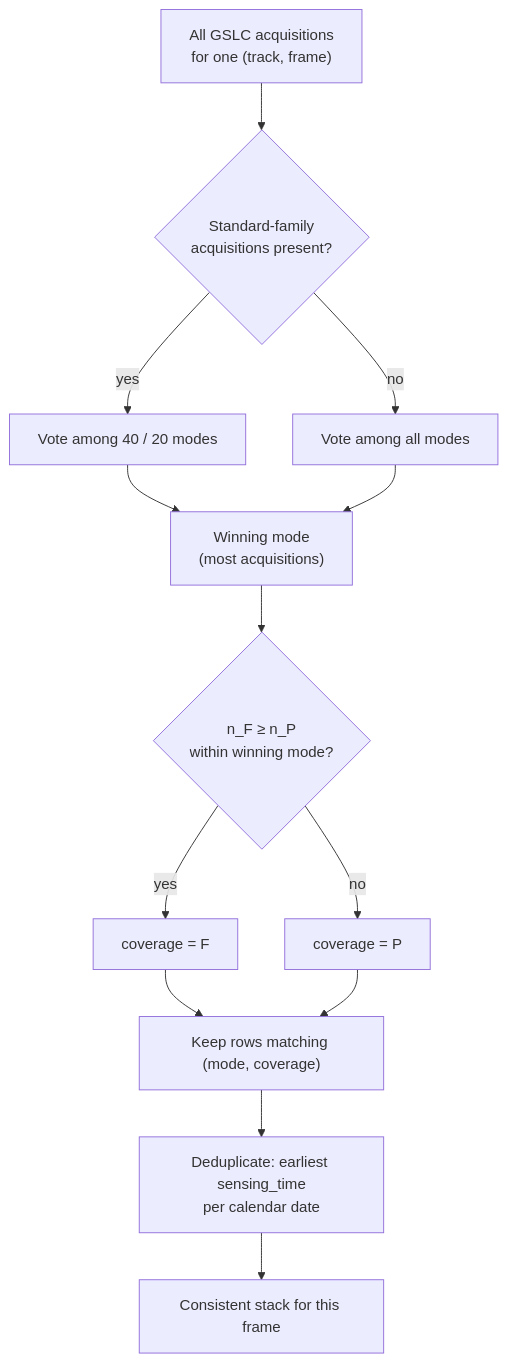
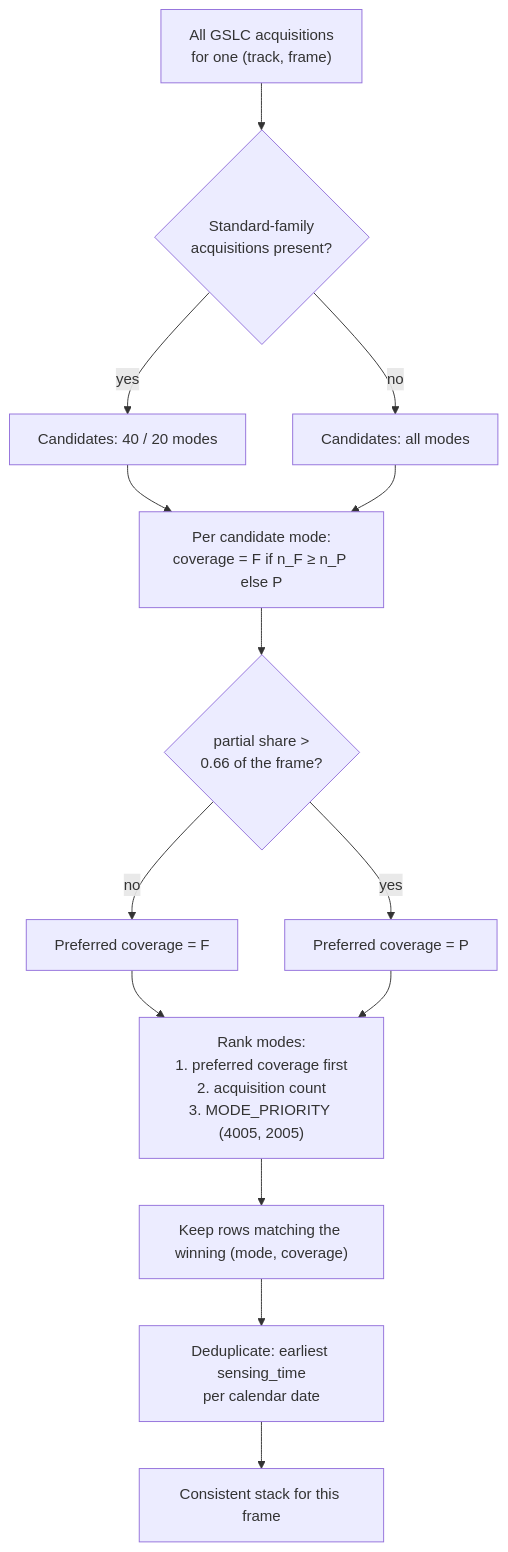
Before and after one commit to opera-adt/nisar_db: the second of 3 diagrams in docs/background/consistent-mode.md, drawn with Mermaid. The commit also changed other lines of this file and 17 other files, not shown here.

````diff
--- a/docs/background/consistent-mode.md
+++ b/docs/background/consistent-mode.md
@@ -112,15 +143,16 @@
 ```mermaid
 flowchart TD
     S["All GSLC acquisitions<br/>for one (track, frame)"] --> M{"Standard-family<br/>acquisitions present?"}
-    M -- yes --> M1["Vote among 40 / 20 modes"]
-    M -- no --> M2["Vote among all modes"]
-    M1 --> W["Winning mode<br/>(most acquisitions)"]
-    M2 --> W
-    W --> C{"n_F ≥ n_P<br/>within winning mode?"}
-    C -- yes --> CF["coverage = F"]
-    C -- no --> CP["coverage = P"]
-    CF --> D["Keep rows matching (mode, coverage)"]
-    CP --> D
+    M -- yes --> M1["Candidates: 40 / 20 modes"]
+    M -- no --> M2["Candidates: all modes"]
+    M1 --> P["Per candidate mode:<br/>coverage = F if n_F ≥ n_P else P"]
+    M2 --> P
+    P --> T{"partial share ><br/>0.66 of the frame?"}
+    T -- no --> RF["Preferred coverage = F"]
+    T -- yes --> RP["Preferred coverage = P"]
+    RF --> R["Rank modes:<br/>1. preferred coverage first<br/>2. acquisition count<br/>3. MODE_PRIORITY (4005, 2005)"]
+    RP --> R
+    R --> D["Keep rows matching the winning (mode, coverage)"]
     D --> E["Deduplicate: earliest sensing_time<br/>per calendar date"]
     E --> O["Consistent stack for this frame"]
 ```
````
